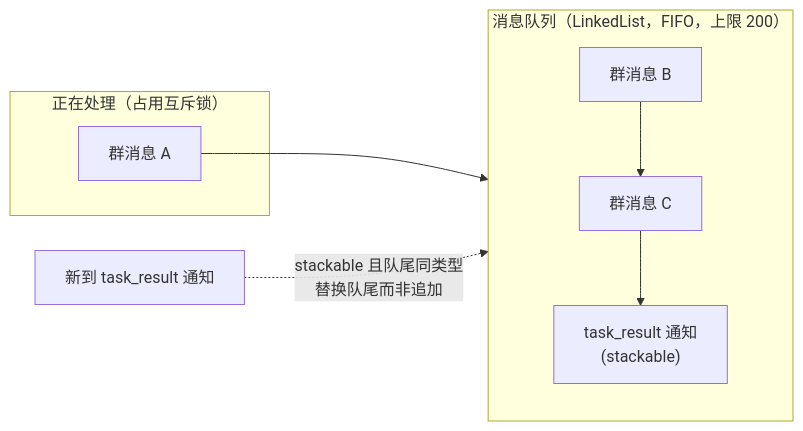
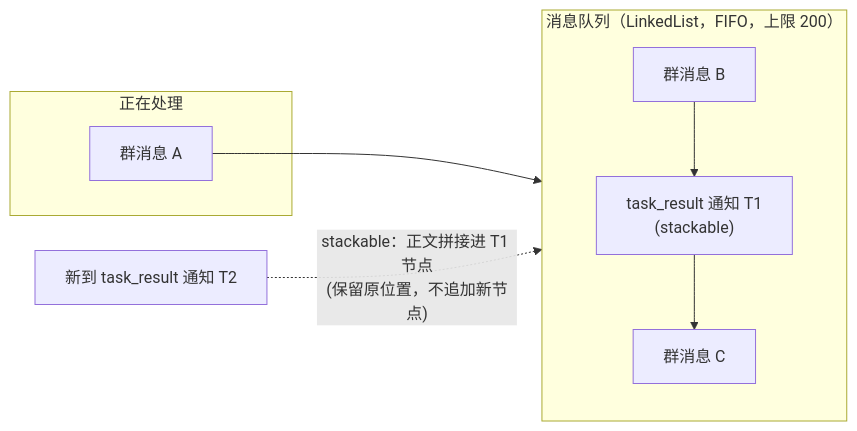
The third of 3 diagrams in docs/agent/session.md (57UU/MerryBot), drawn with Mermaid before and after one commit. The commit also changed other lines of this file and 1 other file, not shown here.

````diff
--- a/docs/agent/session.md
+++ b/docs/agent/session.md
@@ -134,16 +137,16 @@
 ```mermaid
 flowchart LR
-    subgraph Processing["正在处理（占用互斥锁）"]
+    subgraph Processing["正在处理"]
         P["群消息 A"]
     end
     subgraph Queue["消息队列（LinkedList，FIFO，上限 200）"]
         direction TB
         Q1["群消息 B"]
-        Q2["群消息 C"]
-        Q3["task_result 通知<br/>(stackable)"]
+        Q2["task_result 通知 T1<br/>(stackable)"]
+        Q3["群消息 C"]
     end
     P --> Q1
     Q1 --> Q2
     Q2 --> Q3
-    N["新到 task_result 通知"] -.->|"stackable 且队尾同类型<br/>替换队尾而非追加"| Q3
+    N["新到 task_result 通知 T2"] -.->|"stackable：正文拼接进 T1 节点<br/>(保留原位置，不追加新节点)"| Q2
 ```
````
